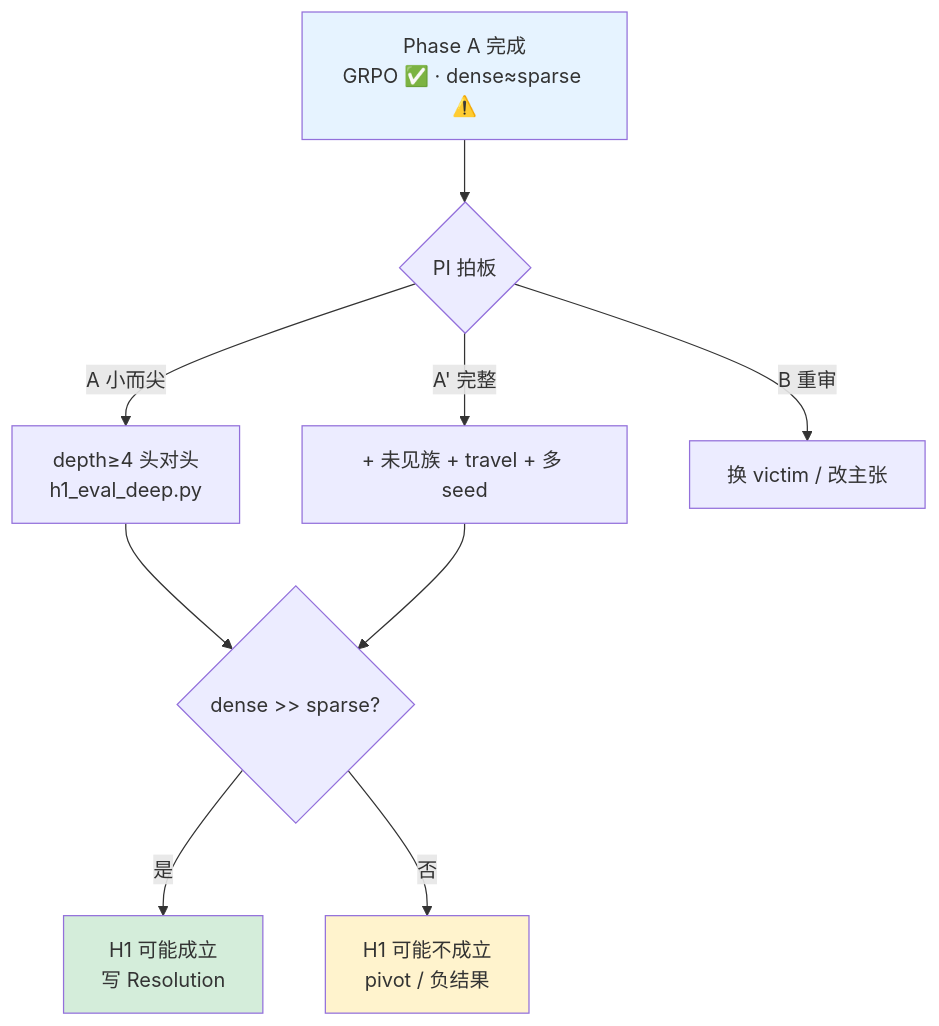
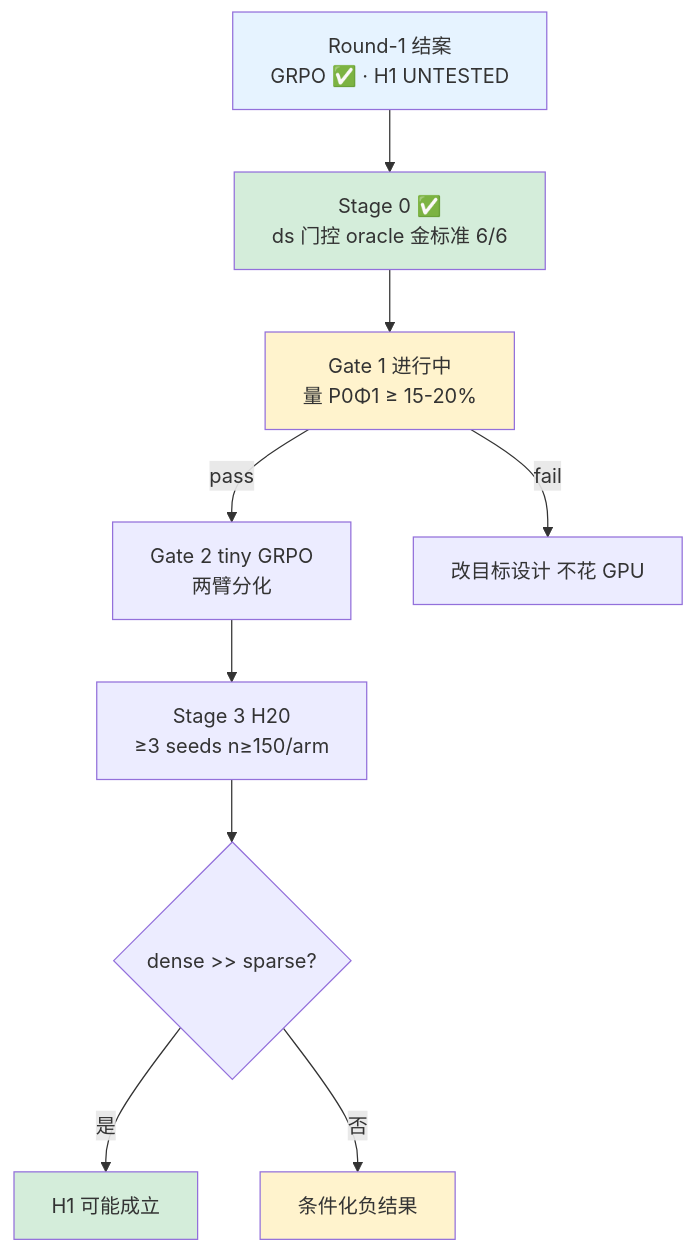
One commit to BoyuanZhu2021/research_2026 changed diagram 22 of 23 in LOGS/report_week2.md. Above: the diagram before and after it, drawn with Mermaid. The commit also changed other lines of this file, not shown here.

First line of the commit message:
Update Week 2 report with Phase B, H1 resolution, and Round-2 Stage 0.

````diff
--- a/LOGS/report_week2.md
+++ b/LOGS/report_week2.md
@@ -754,19 +1229,18 @@
 ```mermaid
 flowchart TD
-    START["Phase A 完成<br/>GRPO ✅ · dense≈sparse ⚠️"]
-    START --> PI{"PI 拍板"}
-
-    PI -->|A 小而尖| DEEP["depth≥4 头对头<br/>h1_eval_deep.py"]
-    PI -->|A' 完整| FULL["+ 未见族 + travel + 多 seed"]
-    PI -->|B 重审| REV["换 victim / 改主张"]
-
-    DEEP --> D{"dense >> sparse?"}
-    FULL --> D
-
-    D -->|是| WIN["H1 可能成立<br/>写 Resolution"]
-    D -->|否| LOSE["H1 可能不成立<br/>pivot / 负结果"]
+    START["Round-1 结案<br/>GRPO ✅ · H1 UNTESTED"]
+    START --> S0["Stage 0 ✅<br/>ds 门控 oracle 金标准 6/6"]
+    S0 --> G1["Gate 1 进行中<br/>量 P0Φ1 ≥ 15-20%"]
+    G1 -->|pass| G2["Gate 2 tiny GRPO<br/>两臂分化"]
+    G1 -->|fail| REDESIGN["改目标设计 不花 GPU"]
+    G2 --> S3["Stage 3 H20<br/>≥3 seeds n≥150/arm"]
+    S3 --> VERDICT{"dense >> sparse?"}
+    VERDICT -->|是| WIN["H1 可能成立"]
+    VERDICT -->|否| LOSE["条件化负结果"]
 
     style START fill:#e6f3ff
+    style S0 fill:#d4edda
+    style G1 fill:#fff3cd
     style WIN fill:#d4edda
     style LOSE fill:#fff3cd
 ```
````
